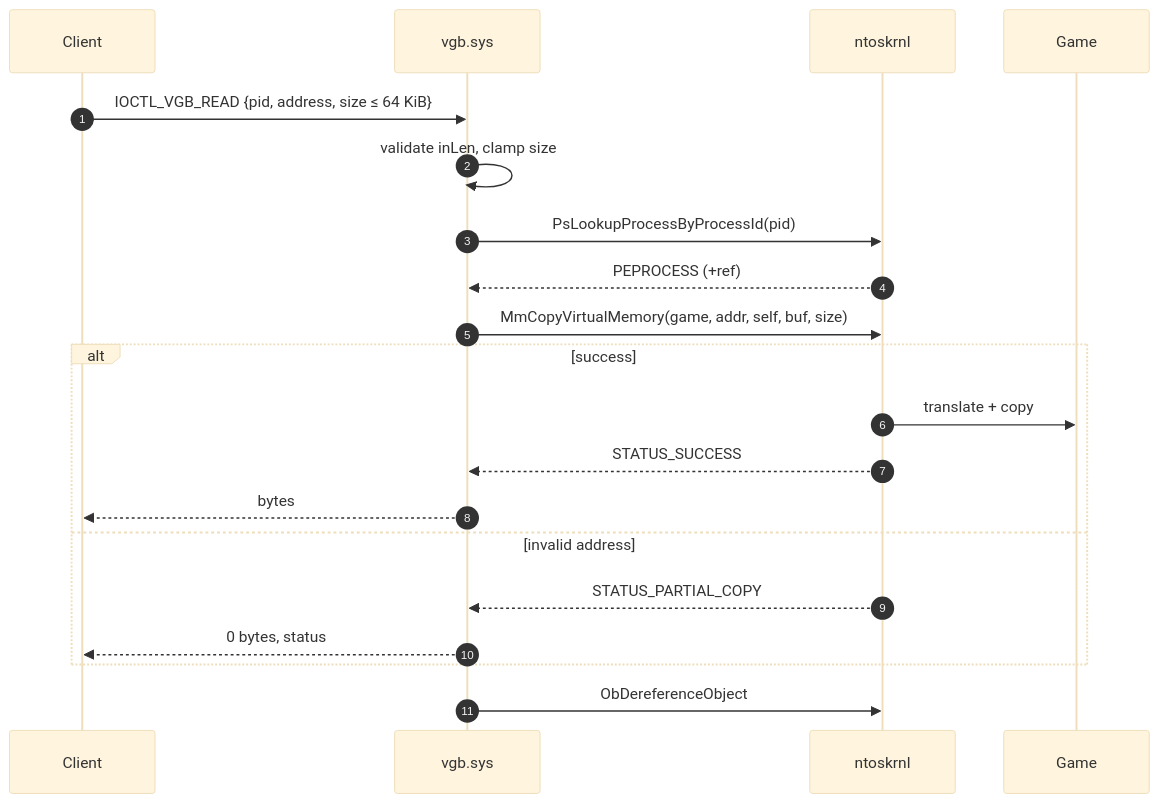
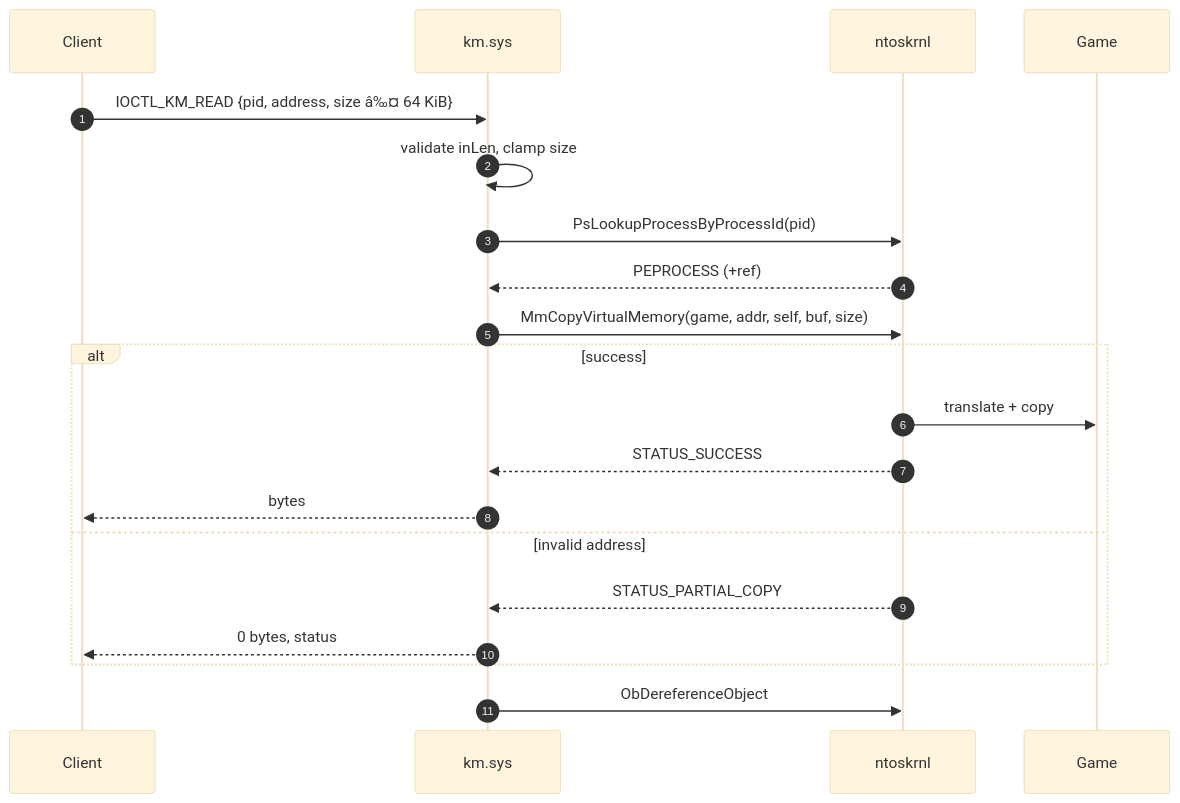
One commit to 0xMALVEE/kernmem changed the third of 7 diagrams in docs/component-flows.md. Above: the diagram before and after it, drawn with Mermaid (base theme). The commit also changed other lines of this file and 919 other files, not shown here.

````diff
--- a/docs/component-flows.md
+++ b/docs/component-flows.md
@@ -76,23 +76,23 @@
 ```mermaid
 sequenceDiagram
     autonumber
     participant C as Client
-    participant D as vgb.sys
+    participant D as km.sys
     participant K as ntoskrnl
     participant G as Game
 
-    C->>D: IOCTL_VGB_READ {pid, address, size ≤ 64 KiB}
+    C->>D: IOCTL_KM_READ {pid, address, size â‰¤ 64 KiB}
     D->>D: validate inLen, clamp size
     D->>K: PsLookupProcessByProcessId(pid)
     K-->>D: PEPROCESS (+ref)
     D->>K: MmCopyVirtualMemory(game, addr, self, buf, size)
     alt success
         K->>G: translate + copy
         K-->>D: STATUS_SUCCESS
         D-->>C: bytes
     else invalid address
         K-->>D: STATUS_PARTIAL_COPY
         D-->>C: 0 bytes, status
     end
     D->>K: ObDereferenceObject
 ```
````
